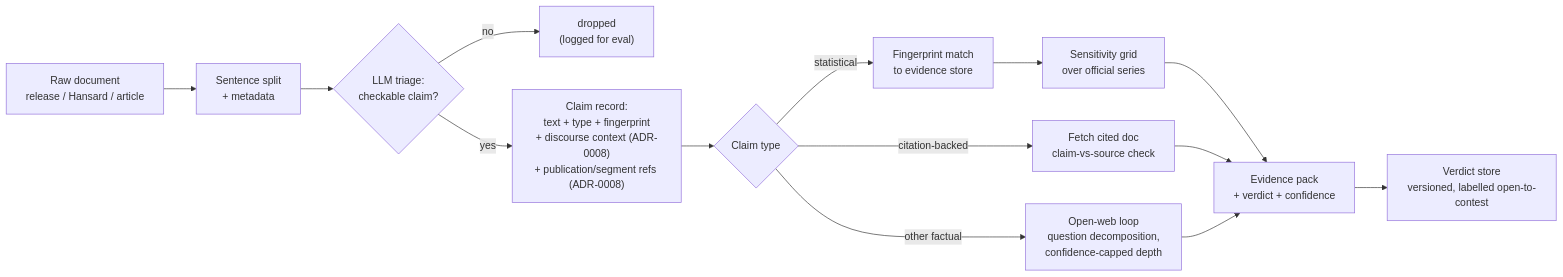
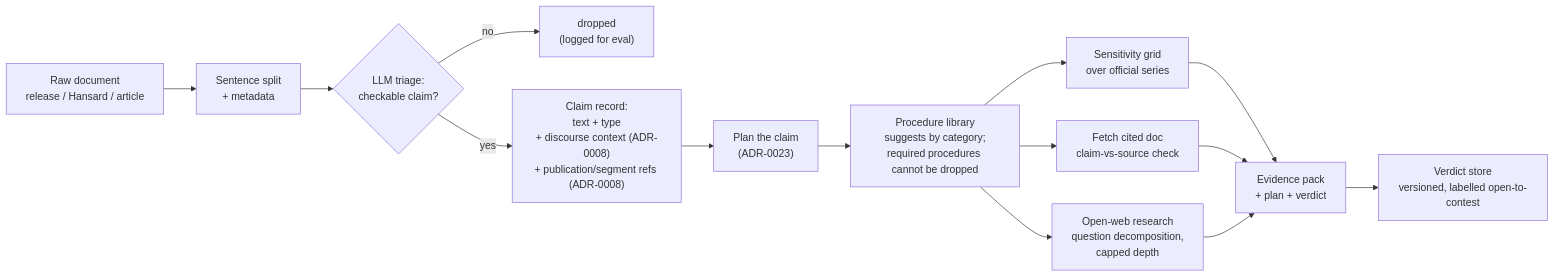
The second of 5 diagrams in docs/ARCHITECTURE.md (bradleyscott/claimwatch-nz), drawn with Mermaid before and after one commit. The commit also changed other lines of this file and 27 other files, not shown here.

````diff
--- a/docs/ARCHITECTURE.md
+++ b/docs/ARCHITECTURE.md
@@ -83,16 +83,16 @@
 ```mermaid
 flowchart LR
     A["Raw document<br/>release / Hansard / article"] --> B["Sentence split<br/>+ metadata"]
     B --> C{"LLM triage:<br/>checkable claim?"}
     C -- "no" --> Z["dropped<br/>(logged for eval)"]
-    C -- "yes" --> D["Claim record:<br/>text + type + fingerprint<br/>+ discourse context (ADR-0008)<br/>+ publication/segment refs (ADR-0008)"]
-    D --> E{"Claim type"}
-    E -- "statistical" --> F["Fingerprint match<br/>to evidence store"]
+    C -- "yes" --> D["Claim record:<br/>text + type<br/>+ discourse context (ADR-0008)<br/>+ publication/segment refs (ADR-0008)"]
+    D --> E["Plan the claim<br/>(ADR-0023)"]
+    E --> F["Procedure library<br/>suggests by category;<br/>required procedures cannot be dropped"]
     F --> G["Sensitivity grid<br/>over official series"]
-    E -- "citation-backed" --> H["Fetch cited doc<br/>claim-vs-source check"]
-    E -- "other factual" --> I["Open-web loop<br/>question decomposition,<br/>confidence-capped depth"]
-    G --> J["Evidence pack<br/>+ verdict + confidence"]
+    F --> H["Fetch cited doc<br/>claim-vs-source check"]
+    F --> I["Open-web research<br/>question decomposition,<br/>capped depth"]
+    G --> J["Evidence pack<br/>+ plan + verdict"]
     H --> J
     I --> J
     J --> K["Verdict store<br/>versioned, labelled open-to-contest"]
 ```
````
